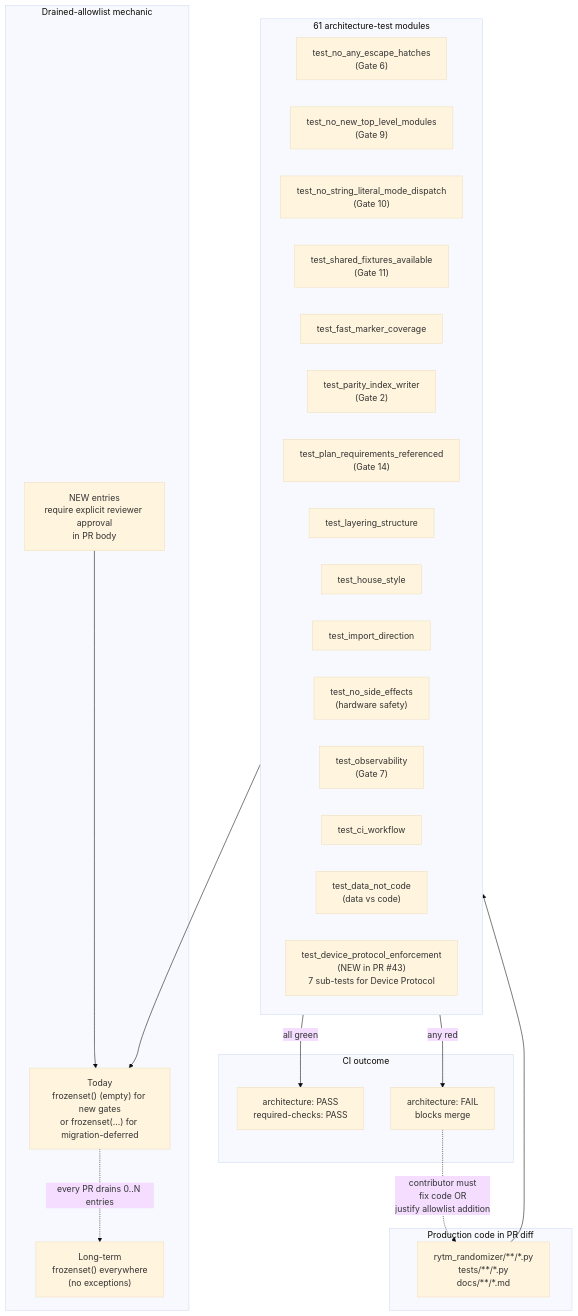
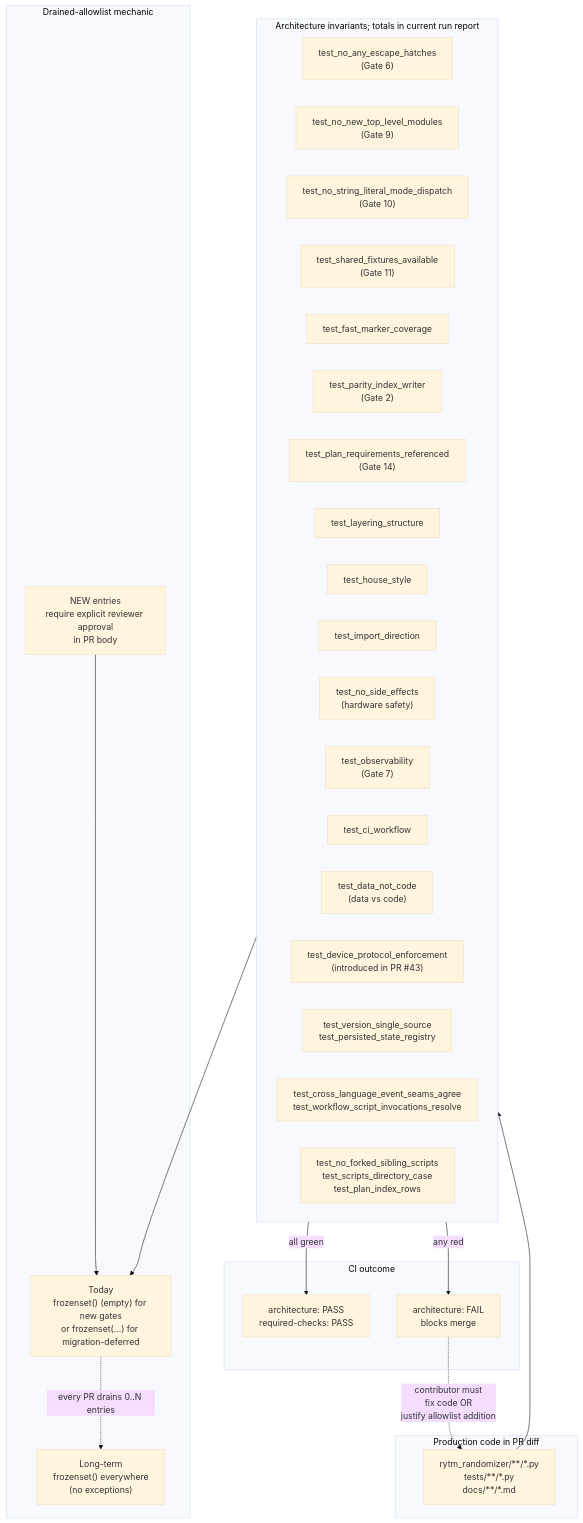
The tenth of 36 diagrams in docs/ARCHITECTURE_DIAGRAMS.md (buzzijose-hub/RytmRandomizer), drawn with Mermaid (base theme) before and after one commit. The commit also changed other lines of this file and 52 other files, not shown here.

````diff
--- a/docs/ARCHITECTURE_DIAGRAMS.md
+++ b/docs/ARCHITECTURE_DIAGRAMS.md
@@ -886,44 +904,47 @@
 ```mermaid
 flowchart TB
     subgraph Production["Production code in PR diff"]
         SourceFiles["rytm_randomizer/**/*.py<br/>tests/**/*.py<br/>docs/**/*.md"]
     end
 
-    subgraph Gates["61 architecture-test modules"]
+    subgraph Gates["Architecture invariants; totals in current run report"]
         Gate1["test_no_any_escape_hatches<br/>(Gate 6)"]
         Gate2["test_no_new_top_level_modules<br/>(Gate 9)"]
         Gate3["test_no_string_literal_mode_dispatch<br/>(Gate 10)"]
         Gate4["test_shared_fixtures_available<br/>(Gate 11)"]
         Gate5["test_fast_marker_coverage"]
         Gate6["test_parity_index_writer<br/>(Gate 2)"]
         Gate7["test_plan_requirements_referenced<br/>(Gate 14)"]
         Gate8["test_layering_structure"]
         Gate9["test_house_style"]
         Gate10["test_import_direction"]
         Gate11["test_no_side_effects<br/>(hardware safety)"]
         Gate12["test_observability<br/>(Gate 7)"]
         Gate13["test_ci_workflow"]
         Gate14["test_data_not_code<br/>(data vs code)"]
-        Gate15["test_device_protocol_enforcement<br/>(NEW in PR #43)<br/>7 sub-tests for Device Protocol"]
+        Gate15["test_device_protocol_enforcement<br/>(introduced in PR #43)"]
+        Gate16["test_version_single_source<br/>test_persisted_state_registry"]
+        Gate17["test_cross_language_event_seams_agree<br/>test_workflow_script_invocations_resolve"]
+        Gate18["test_no_forked_sibling_scripts<br/>test_scripts_directory_case<br/>test_plan_index_rows"]
     end
 
     subgraph Allowlists["Drained-allowlist mechanic"]
         AL_today["Today<br/>frozenset() (empty) for new gates<br/>or frozenset(...) for migration-deferred"]
         AL_future["Long-term<br/>frozenset() everywhere<br/>(no exceptions)"]
         AL_new["NEW entries<br/>require explicit reviewer approval<br/>in PR body"]
     end
 
     subgraph Outcome["CI outcome"]
         Pass["architecture: PASS<br/>required-checks: PASS"]
         Fail["architecture: FAIL<br/>blocks merge"]
     end
 
     SourceFiles --> Gates
     Gates --> AL_today
     AL_today -.->|"every PR drains 0..N entries"| AL_future
     AL_new --> AL_today
 
     Gates -->|"all green"| Pass
     Gates -->|"any red"| Fail
     Fail -.->|"contributor must<br/>fix code OR<br/>justify allowlist addition"| SourceFiles
 ```
````
